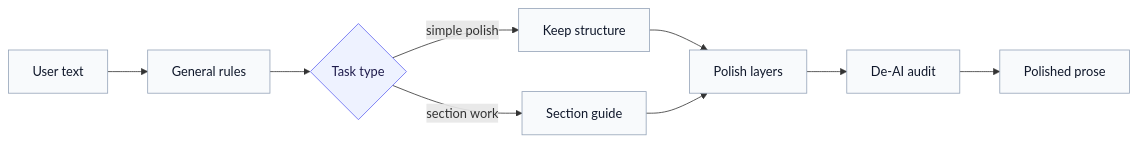
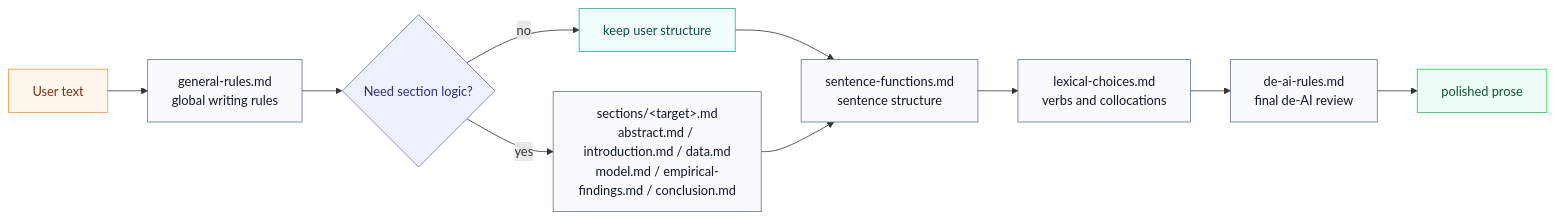
One commit to WangXiaojuann/Asset-pricing-writing-skill changed the diagram in README.md. Above: the diagram before and after it, drawn with Mermaid.

Commit message:
Improve README workflow diagram

````diff
--- a/README.md
+++ b/README.md
@@ -16,16 +16,24 @@
 ```mermaid
 flowchart LR
-    A["User text"] --> B["General rules"]
-    B --> C{"Task type"}
-    C -->|simple polish| D["Keep structure"]
-    C -->|section work| E["Section guide"]
-    D --> F["Polish layers"]
+    A["User text"] --> B["general-rules.md<br/>global writing rules"]
+    B --> C{"Need section logic?"}
+    C -->|no| D["keep user structure"]
+    C -->|yes| E["sections/&lt;target&gt;.md<br/>abstract.md / introduction.md / data.md<br/>model.md / empirical-findings.md / conclusion.md"]
+    D --> F["sentence-functions.md<br/>sentence structure"]
     E --> F
-    F --> G["De-AI audit"]
-    G --> H["Polished prose"]
+    F --> G["lexical-choices.md<br/>verbs and collocations"]
+    G --> H["de-ai-rules.md<br/>final de-AI review"]
+    H --> I["polished prose"]
 
-    classDef step fill:#f8fafc,stroke:#94a3b8,color:#0f172a;
-    classDef decision fill:#eef2ff,stroke:#6366f1,color:#1e1b4b;
-    class A,B,D,E,F,G,H step;
-    class C decision;
+    classDef input fill:#fff7ed,stroke:#fb923c,stroke-width:1px,color:#7c2d12;
+    classDef ref fill:#f8fafc,stroke:#64748b,stroke-width:1px,color:#0f172a;
+    classDef route fill:#eef2ff,stroke:#6366f1,stroke-width:1px,color:#312e81;
+    classDef action fill:#f0fdfa,stroke:#14b8a6,stroke-width:1px,color:#134e4a;
+    classDef output fill:#ecfdf5,stroke:#22c55e,stroke-width:1px,color:#14532d;
+
+    class A input;
+    class B,E,F,G,H ref;
+    class C route;
+    class D action;
+    class I output;
 ```
````
